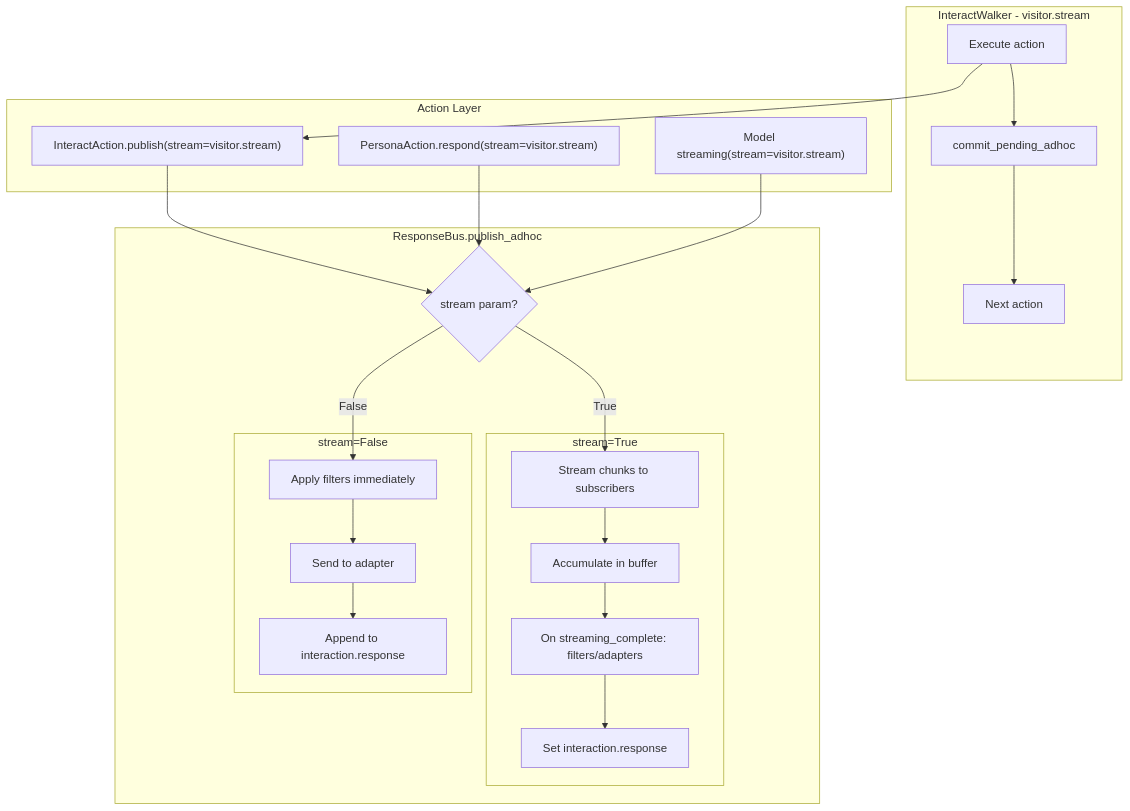
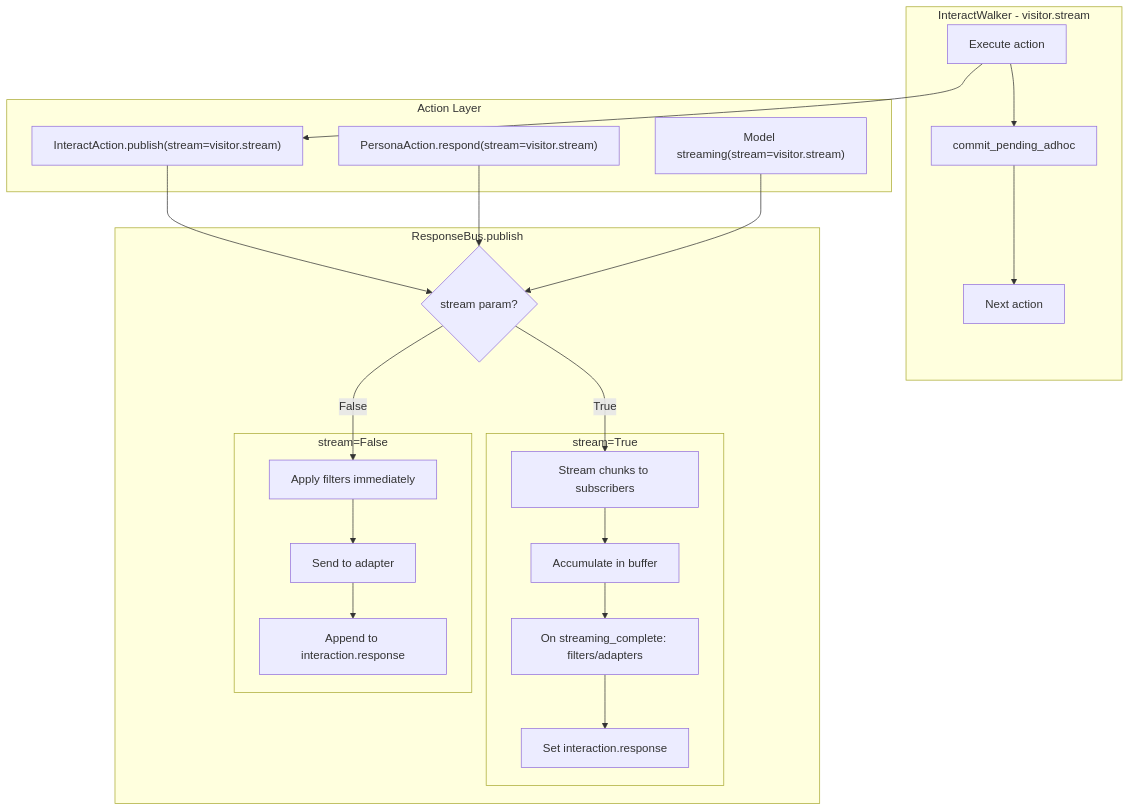
Before and after one commit to TrueSelph/jvagent: the diagram in jvagent/action/response/README.md, drawn with Mermaid. The commit also changed other lines of this file and 16 other files, not shown here.

Commit message:
updated and optimized response bus; added simulated streaming for whole publishings for consistency

````diff
--- a/jvagent/action/response/README.md
+++ b/jvagent/action/response/README.md
@@ -17,45 +17,45 @@
 ```mermaid
 flowchart TB
     subgraph Walker [InteractWalker - visitor.stream]
         W1[Execute action]
         W2[commit_pending_adhoc]
         W3[Next action]
     end
     
     subgraph ActionLayer [Action Layer]
         A1["InteractAction.publish(stream=visitor.stream)"]
         A2["PersonaAction.respond(stream=visitor.stream)"]
         A3["Model streaming(stream=visitor.stream)"]
     end
     
-    subgraph ResponseBus [ResponseBus.publish_adhoc]
+    subgraph ResponseBus [ResponseBus.publish]
         SM{stream param?}
         
         subgraph StreamingPath [stream=True]
             S1[Stream chunks to subscribers]
             S2[Accumulate in buffer]
             S3[On streaming_complete: filters/adapters]
             S4[Set interaction.response]
         end
         
         subgraph NonStreamingPath [stream=False]
             N1[Apply filters immediately]
             N2[Send to adapter]
             N3[Append to interaction.response]
         end
     end
     
     W1 --> A1
     A1 --> SM
     A2 --> SM
     A3 --> SM
     SM -->|True| S1
     SM -->|False| N1
     S1 --> S2
     S2 --> S3
     S3 --> S4
     N1 --> N2
     N2 --> N3
     W1 --> W2
     W2 --> W3
 ```
````
